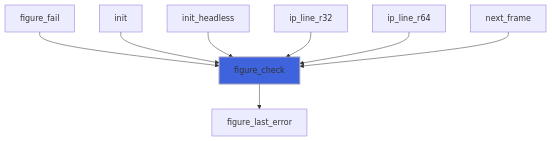
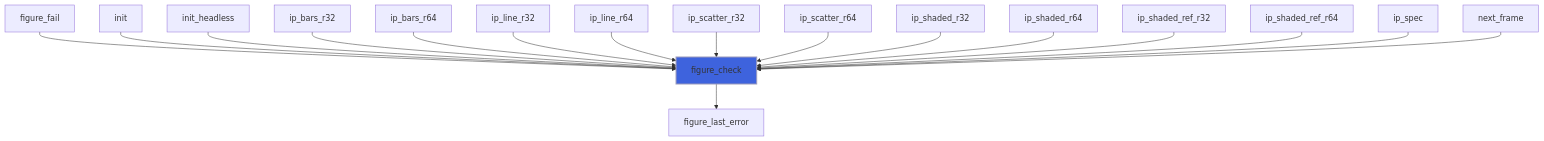
The second of 5 diagrams in docs/api/src/lib/figure_base.md (szaghi/figure), drawn with Mermaid before and after one commit. The commit also changed other lines of this file and 17 other files, not shown here.

````diff
--- a/docs/api/src/lib/figure_base.md
+++ b/docs/api/src/lib/figure_base.md
@@ -49,11 +49,20 @@
 ```mermaid
 flowchart TD
   figure_fail["figure_fail"] --> figure_check["figure_check"]
   init["init"] --> figure_check["figure_check"]
   init_headless["init_headless"] --> figure_check["figure_check"]
+  ip_bars_r32["ip_bars_r32"] --> figure_check["figure_check"]
+  ip_bars_r64["ip_bars_r64"] --> figure_check["figure_check"]
   ip_line_r32["ip_line_r32"] --> figure_check["figure_check"]
   ip_line_r64["ip_line_r64"] --> figure_check["figure_check"]
+  ip_scatter_r32["ip_scatter_r32"] --> figure_check["figure_check"]
+  ip_scatter_r64["ip_scatter_r64"] --> figure_check["figure_check"]
+  ip_shaded_r32["ip_shaded_r32"] --> figure_check["figure_check"]
+  ip_shaded_r64["ip_shaded_r64"] --> figure_check["figure_check"]
+  ip_shaded_ref_r32["ip_shaded_ref_r32"] --> figure_check["figure_check"]
+  ip_shaded_ref_r64["ip_shaded_ref_r64"] --> figure_check["figure_check"]
+  ip_spec["ip_spec"] --> figure_check["figure_check"]
   next_frame["next_frame"] --> figure_check["figure_check"]
   figure_check["figure_check"] --> figure_last_error["figure_last_error"]
   style figure_check fill:#3e63dd,stroke:#99b,stroke-width:2px
 ```
````
